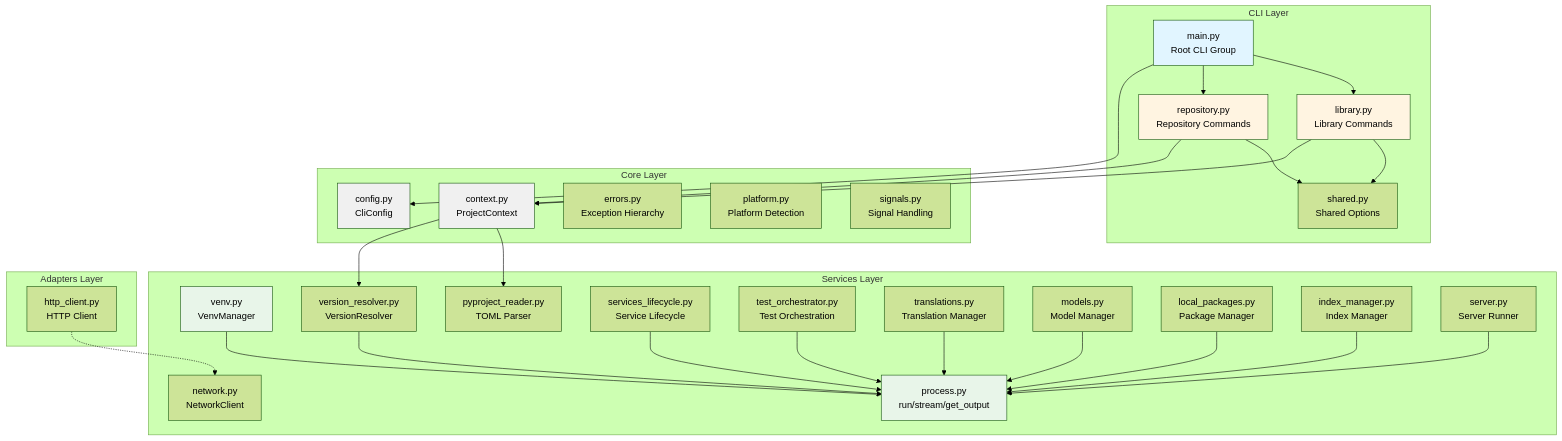
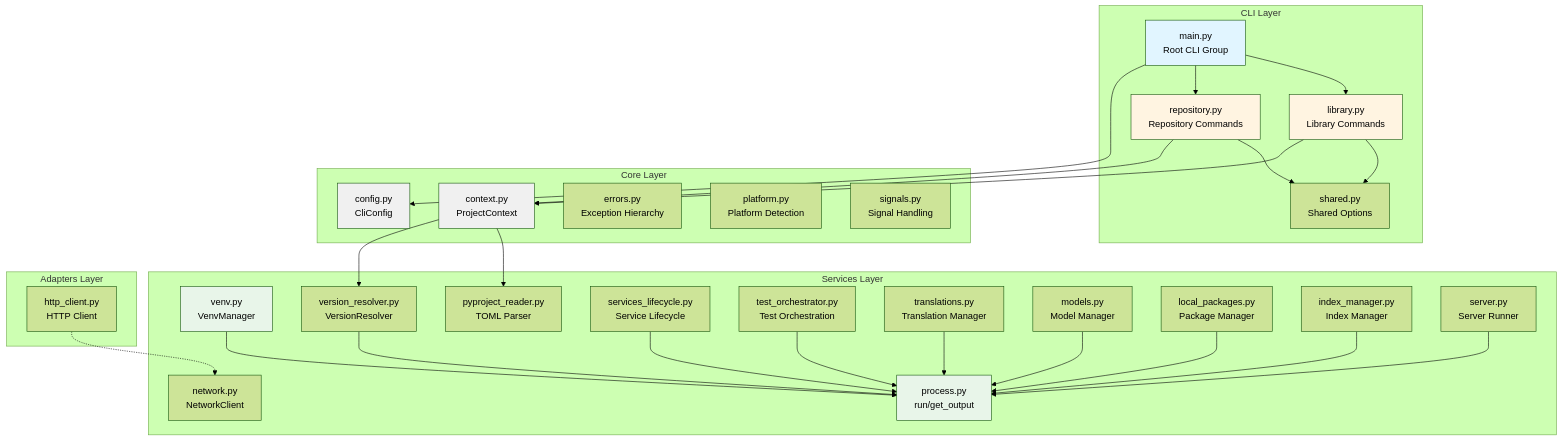
Before and after one commit to oarepo/oarepo-cli: the first of 5 diagrams in docs/architecture/01-detailed-design.md, drawn with Mermaid (forest theme). The commit also changed other lines of this file and 16 other files, not shown here.

````diff
--- a/docs/architecture/01-detailed-design.md
+++ b/docs/architecture/01-detailed-design.md
@@ -5,70 +5,70 @@
 ```mermaid
 graph TB
     subgraph "CLI Layer"
         MAIN[main.py<br/>Root CLI Group]
         LIB[library.py<br/>Library Commands]
         REP[repository.py<br/>Repository Commands]
         SHARED[shared.py<br/>Shared Options]
     end
 
     subgraph "Core Layer"
         CTX[context.py<br/>ProjectContext]
         CFG[config.py<br/>CliConfig]
         ERR[errors.py<br/>Exception Hierarchy]
         PLT[platform.py<br/>Platform Detection]
         SIG[signals.py<br/>Signal Handling]
     end
 
     subgraph "Services Layer"
-        PROC[process.py<br/>run/stream/get_output]
+        PROC[process.py<br/>run/get_output]
         NET[network.py<br/>NetworkClient]
         VENV[venv.py<br/>VenvManager]
         VER[version_resolver.py<br/>VersionResolver]
         TOML[pyproject_reader.py<br/>TOML Parser]
         SVC[services_lifecycle.py<br/>Service Lifecycle]
         TEST[test_orchestrator.py<br/>Test Orchestration]
         XFRM[translations.py<br/>Translation Manager]
         MDL[models.py<br/>Model Manager]
         PKG[local_packages.py<br/>Package Manager]
         IDX[index_manager.py<br/>Index Manager]
         SRV[server.py<br/>Server Runner]
     end
 
     subgraph "Adapters Layer"
         HTTP[http_client.py<br/>HTTP Client]
     end
 
     MAIN --> LIB
     MAIN --> REP
     LIB --> SHARED
     REP --> SHARED
 
     MAIN --> CFG
     LIB --> CTX
     REP --> CTX
 
     CTX --> TOML
     CTX --> VER
 
     VER --> PROC
     VENV --> PROC
 
     SVC --> PROC
 
     TEST --> PROC
     XFRM --> PROC
     MDL --> PROC
     PKG --> PROC
     IDX --> PROC
     SRV --> PROC
 
     HTTP -.-> NET
 
     style MAIN fill:#e1f5ff
     style LIB fill:#fff4e1
     style REP fill:#fff4e1
     style CTX fill:#f0f0f0
     style CFG fill:#f0f0f0
     style PROC fill:#e8f5e9
     style VENV fill:#e8f5e9
 ```
````
